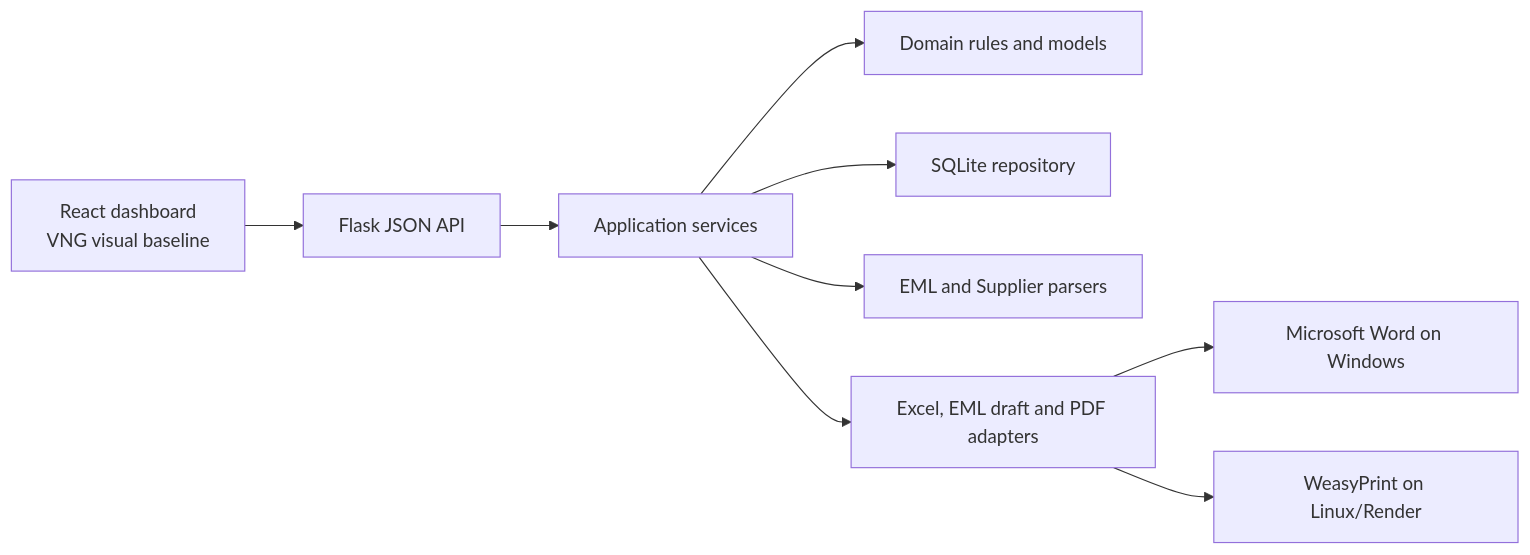
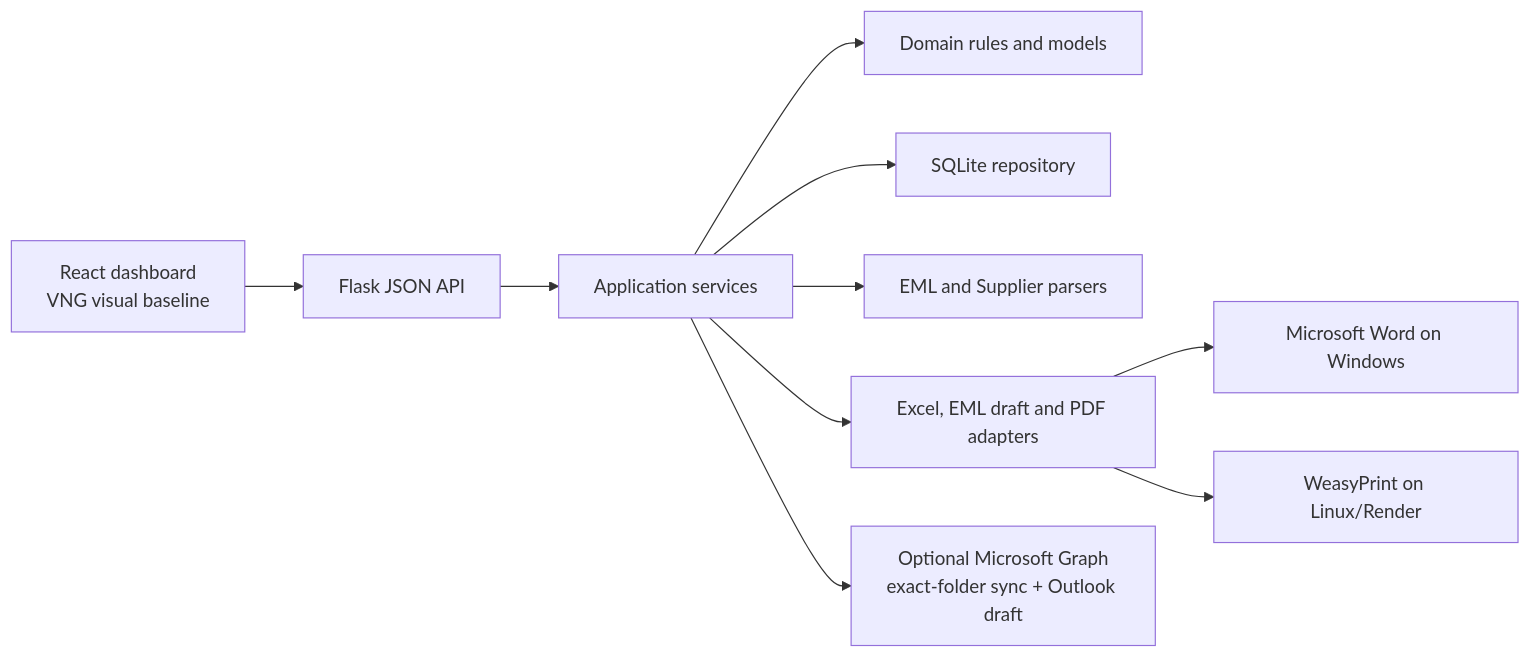
Before and after one commit to AnhLNQ2202/DEN-BU-HU-HONG-THIET-BI: the first of 4 diagrams in PROJECT_CONTEXT.md, drawn with Mermaid. The commit also changed other lines of this file and 49 other files, not shown here.

````diff
--- a/PROJECT_CONTEXT.md
+++ b/PROJECT_CONTEXT.md
@@ -30,11 +33,12 @@
 ```mermaid
 flowchart LR
     UI["React dashboard\nVNG visual baseline"] --> API["Flask JSON API"]
     API --> SVC["Application services"]
     SVC --> DOMAIN["Domain rules and models"]
     SVC --> DB["SQLite repository"]
     SVC --> PARSER["EML and Supplier parsers"]
     SVC --> FILES["Excel, EML draft and PDF adapters"]
+    SVC --> M365["Optional Microsoft Graph\nexact-folder sync + Outlook draft"]
     FILES --> WORD["Microsoft Word on Windows"]
     FILES --> WEASY["WeasyPrint on Linux/Render"]
 ```
````
